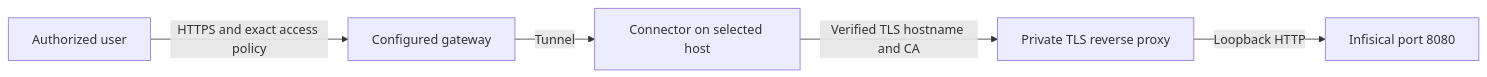
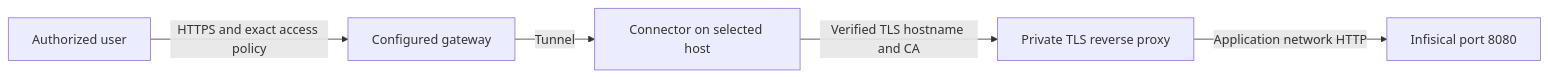
The second of 2 diagrams in ai-commands/install/infisical/infisical.command.md (starodubtsevconsulting/ai-fleas), drawn with Mermaid before and after one commit. The commit also changed other lines of this file and 8 other files, not shown here.

````diff
--- a/ai-commands/install/infisical/infisical.command.md
+++ b/ai-commands/install/infisical/infisical.command.md
@@ -164,7 +176,7 @@
 ```mermaid
 flowchart LR
   User[Authorized user] -->|HTTPS and exact access policy| Edge[Configured gateway]
   Edge -->|Tunnel| Connector[Connector on selected host]
   Connector -->|Verified TLS hostname and CA| Proxy[Private TLS reverse proxy]
-  Proxy -->|Loopback HTTP| Backend[Infisical port 8080]
+  Proxy -->|Application network HTTP| Backend[Infisical port 8080]
 ```
````
